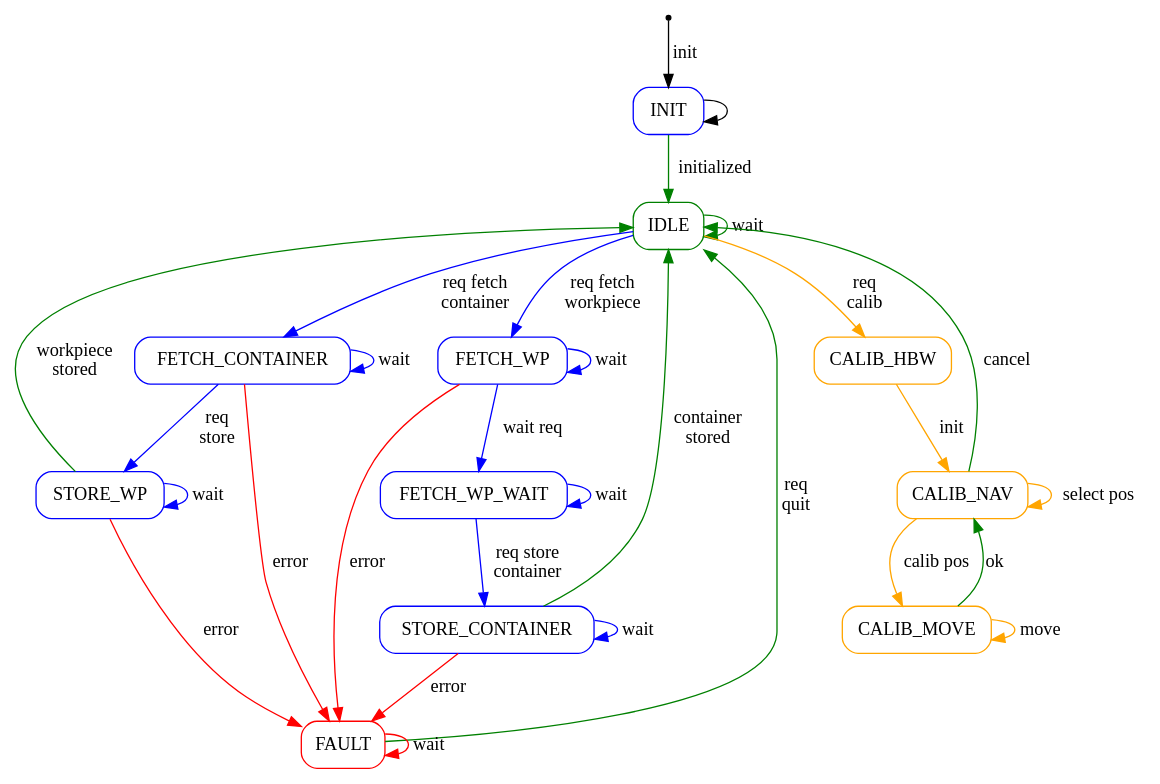
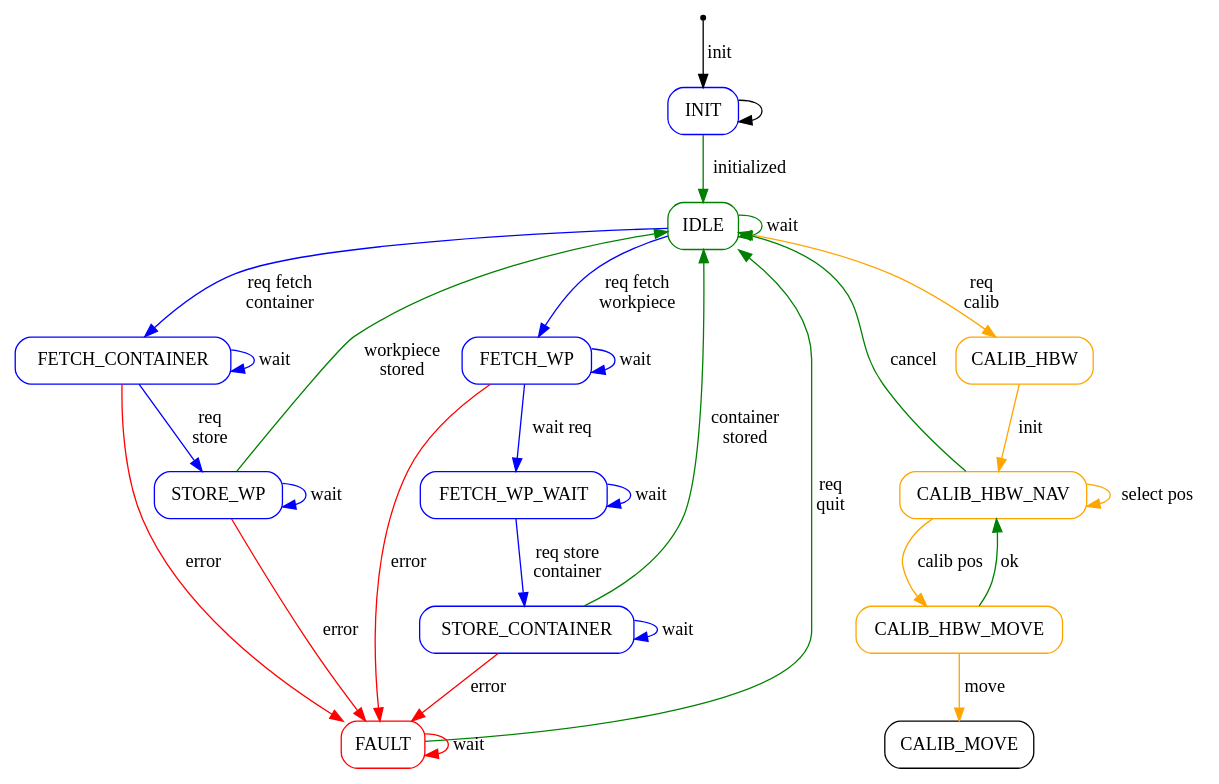
The diagram in TxtSmartFactoryLib/doc/DocFsm/TxtHighBayWarehouseRun.gv (fischertechnik/txt_training_factory), drawn with Graphviz before and after one commit. The commit also changed 45 other files, not shown here.

```diff
--- a/TxtSmartFactoryLib/doc/DocFsm/TxtHighBayWarehouseRun.gv
+++ b/TxtSmartFactoryLib/doc/DocFsm/TxtHighBayWarehouseRun.gv
@@ -1,44 +1,45 @@
 digraph "generated by DocFsm" {
 	node [shape = Mrecord];
 	IDLE_0 [color = green, label = "IDLE"];
 	FAULT_0 [color = red, label = "FAULT"];
 	INIT_0 [color = blue, label = "INIT"];
 	FETCH_CONTAINER_0 [color = blue, label = "FETCH_CONTAINER"];
 	FETCH_WP_0 [color = blue, label = "FETCH_WP"];
 	CALIB_HBW_0 [color = orange, label = "CALIB_HBW"];
 	STORE_WP_0 [color = blue, label = "STORE_WP"];
 	FETCH_WP_WAIT_0 [color = blue, label = "FETCH_WP_WAIT"];
 	STORE_CONTAINER_0 [color = blue, label = "STORE_CONTAINER"];
-	CALIB_NAV_0 [color = orange, label = "CALIB_NAV"];
-	CALIB_MOVE_0 [color = orange, label = "CALIB_MOVE"];
+	CALIB_HBW_NAV_0 [color = orange, label = "CALIB_HBW_NAV"];
+	CALIB_HBW_MOVE_0 [color = orange, label = "CALIB_HBW_MOVE"];
+	CALIB_MOVE_0 [label = "CALIB_MOVE"];
 	entry0_0 [shape = point, label = "entry0"];
 	IDLE_0 -> FETCH_CONTAINER_0 [color = blue, label = "req fetch\ncontainer"];
 	IDLE_0 -> FETCH_WP_0 [color = blue, label = "req fetch\nworkpiece"];
 	IDLE_0 -> CALIB_HBW_0 [color = orange, label = "req\ncalib"];
 	IDLE_0 -> IDLE_0 [color = green, label = "wait"];
 	FAULT_0 -> IDLE_0 [color = green, label = "req\nquit"];
 	FAULT_0 -> FAULT_0 [color = red, label = "wait"];
 	INIT_0 -> INIT_0;
 	INIT_0 -> IDLE_0 [color = green, label = "initialized"];
 	FETCH_CONTAINER_0 -> STORE_WP_0 [color = blue, label = "req\nstore"];
 	FETCH_CONTAINER_0 -> FAULT_0 [color = red, label = "error"];
 	FETCH_CONTAINER_0 -> FETCH_CONTAINER_0 [color = blue, label = "wait"];
 	FETCH_WP_0 -> FETCH_WP_WAIT_0 [color = blue, label = "wait req"];
 	FETCH_WP_0 -> FAULT_0 [color = red, label = "error"];
 	FETCH_WP_0 -> FETCH_WP_0 [color = blue, label = "wait"];
-	CALIB_HBW_0 -> CALIB_NAV_0 [color = orange, label = "init"];
+	CALIB_HBW_0 -> CALIB_HBW_NAV_0 [color = orange, label = "init"];
 	STORE_WP_0 -> IDLE_0 [color = green, label = "workpiece\nstored"];
 	STORE_WP_0 -> FAULT_0 [color = red, label = "error"];
 	STORE_WP_0 -> STORE_WP_0 [color = blue, label = "wait"];
 	FETCH_WP_WAIT_0 -> STORE_CONTAINER_0 [color = blue, label = "req store\ncontainer"];
 	FETCH_WP_WAIT_0 -> FETCH_WP_WAIT_0 [color = blue, label = "wait"];
 	STORE_CONTAINER_0 -> IDLE_0 [color = green, label = "container\nstored"];
 	STORE_CONTAINER_0 -> FAULT_0 [color = red, label = "error"];
 	STORE_CONTAINER_0 -> STORE_CONTAINER_0 [color = blue, label = "wait"];
-	CALIB_NAV_0 -> IDLE_0 [color = green, label = "cancel"];
-	CALIB_NAV_0 -> CALIB_MOVE_0 [color = orange, label = "calib pos"];
-	CALIB_NAV_0 -> CALIB_NAV_0 [color = orange, label = "select pos"];
-	CALIB_MOVE_0 -> CALIB_MOVE_0 [color = orange, label = "move"];
-	CALIB_MOVE_0 -> CALIB_NAV_0 [color = green, label = "ok"];
+	CALIB_HBW_NAV_0 -> IDLE_0 [color = green, label = "cancel"];
+	CALIB_HBW_NAV_0 -> CALIB_HBW_MOVE_0 [color = orange, label = "calib pos"];
+	CALIB_HBW_NAV_0 -> CALIB_HBW_NAV_0 [color = orange, label = "select pos"];
+	CALIB_HBW_MOVE_0 -> CALIB_MOVE_0 [color = orange, label = "move"];
+	CALIB_HBW_MOVE_0 -> CALIB_HBW_NAV_0 [color = green, label = "ok"];
 	entry0_0 -> INIT_0 [color = black, label = "init"];
 }
```
